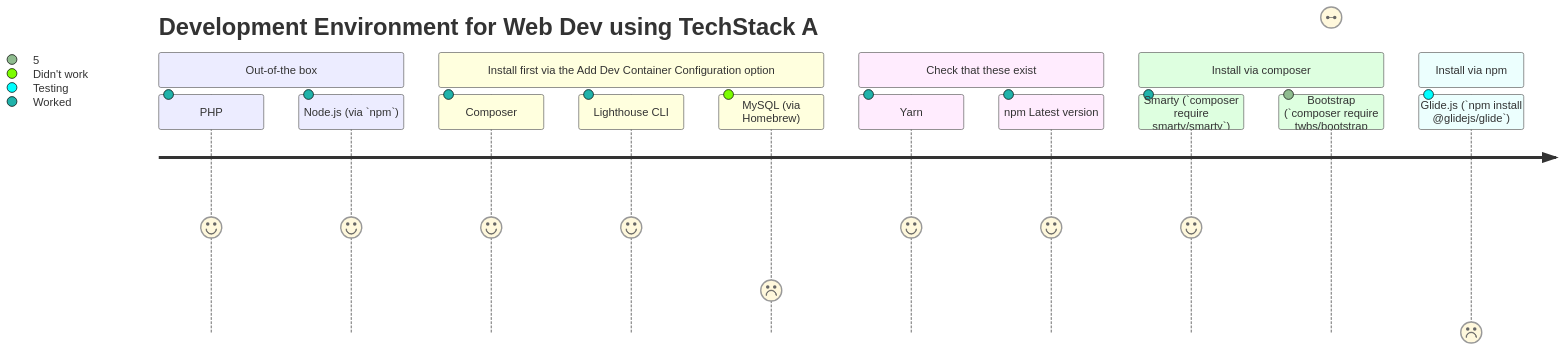
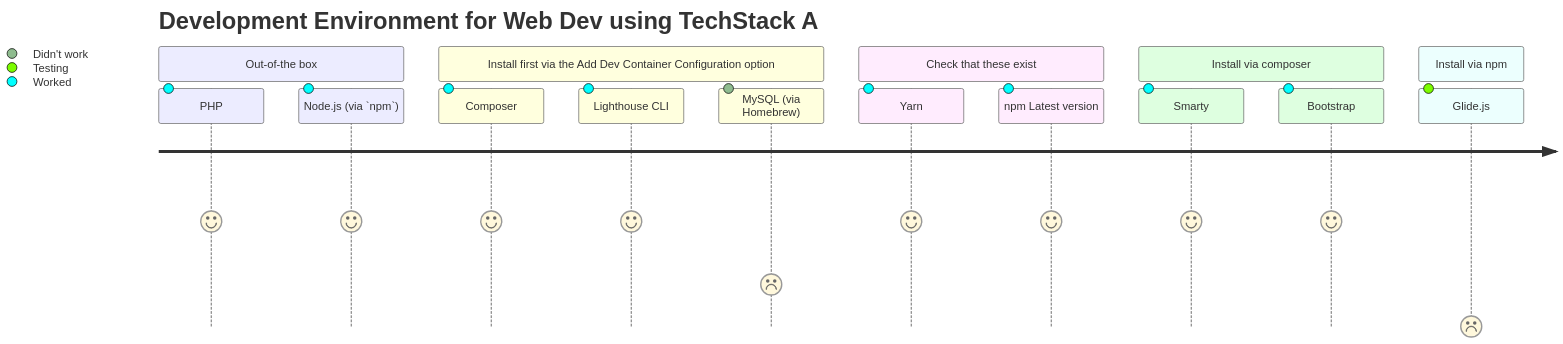
One commit to kakiac/DevEnv-Smarty changed the diagram in README.md. Above: the diagram before and after it, drawn with Mermaid.

Commit message:
modified:   README.md

````diff
--- a/README.md
+++ b/README.md
@@ -8,23 +8,23 @@
 ```mermaid
 journey
     title Development Environment for Web Dev using TechStack A
     section Out-of-the box
       PHP: 5: Worked
       Node.js (via `npm`): 5: Worked
     section Install first via the Add Dev Container Configuration option
       Composer: 5: Worked
       Lighthouse CLI: 5: Worked
       MySQL (via Homebrew): 2: Didn't work
     Section Check that these exist
       Yarn: 5: Worked
       npm Latest version: 5: Worked
     section Install via composer
-      Smarty (`composer require smarty/smarty`): 5: Worked
-      Bootstrap (`composer require twbs/bootstrap:5.3.3`): 5: Worked
+      Smarty: 5: Worked
+      Bootstrap: 5: Worked
     section Install via npm
-      Glide.js (`npm install @glidejs/glide`): 0: Testing
+      Glide.js: 0: Testing
 
 
       
 
 ```
````
